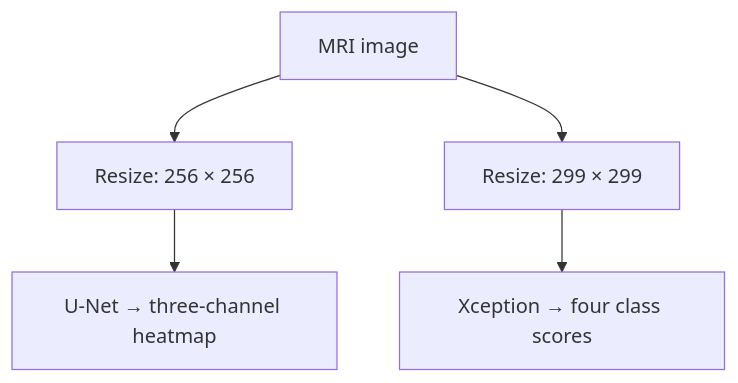
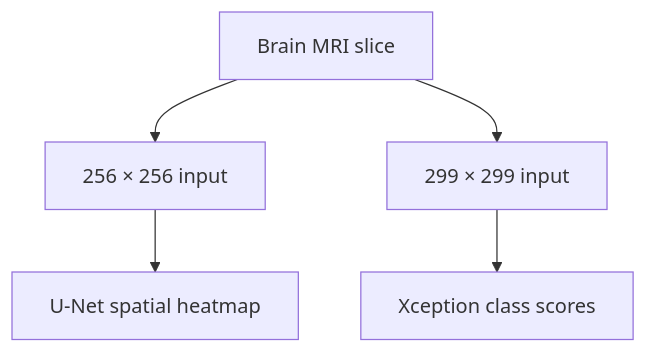
One commit to rifat-binreza/NeuroVista-MRI changed the diagram in README.md. Above: the diagram before and after it, drawn with Mermaid. The commit also changed other lines of this file, not shown here.

````diff
--- a/README.md
+++ b/README.md
@@ -54,7 +45,7 @@
 ```mermaid
 flowchart TD
-    A["MRI image"] --> B["Resize: 256 × 256"]
-    A --> C["Resize: 299 × 299"]
-    B --> D["U-Net → three-channel heatmap"]
-    C --> E["Xception → four class scores"]
+    A["Brain MRI slice"] --> B["256 × 256 input"]
+    A --> C["299 × 299 input"]
+    B --> D["U-Net spatial heatmap"]
+    C --> E["Xception class scores"]
 ```
````
